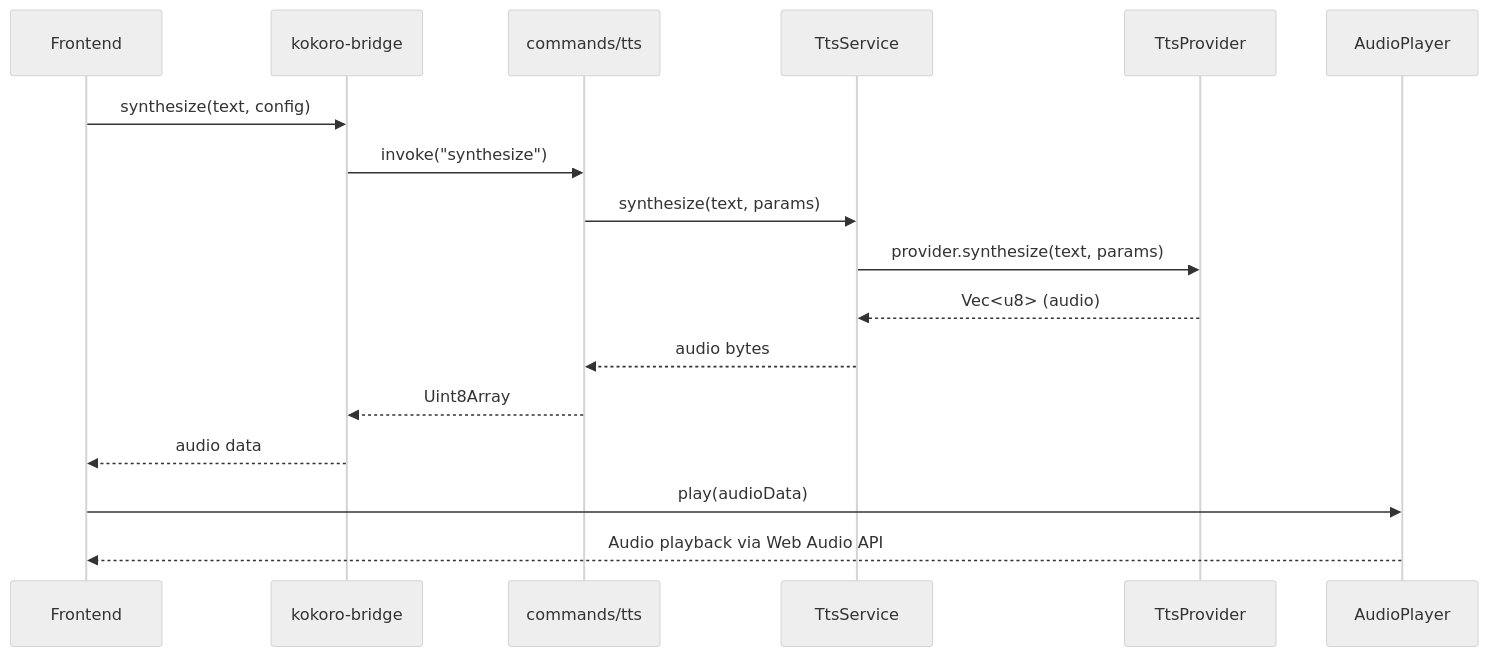
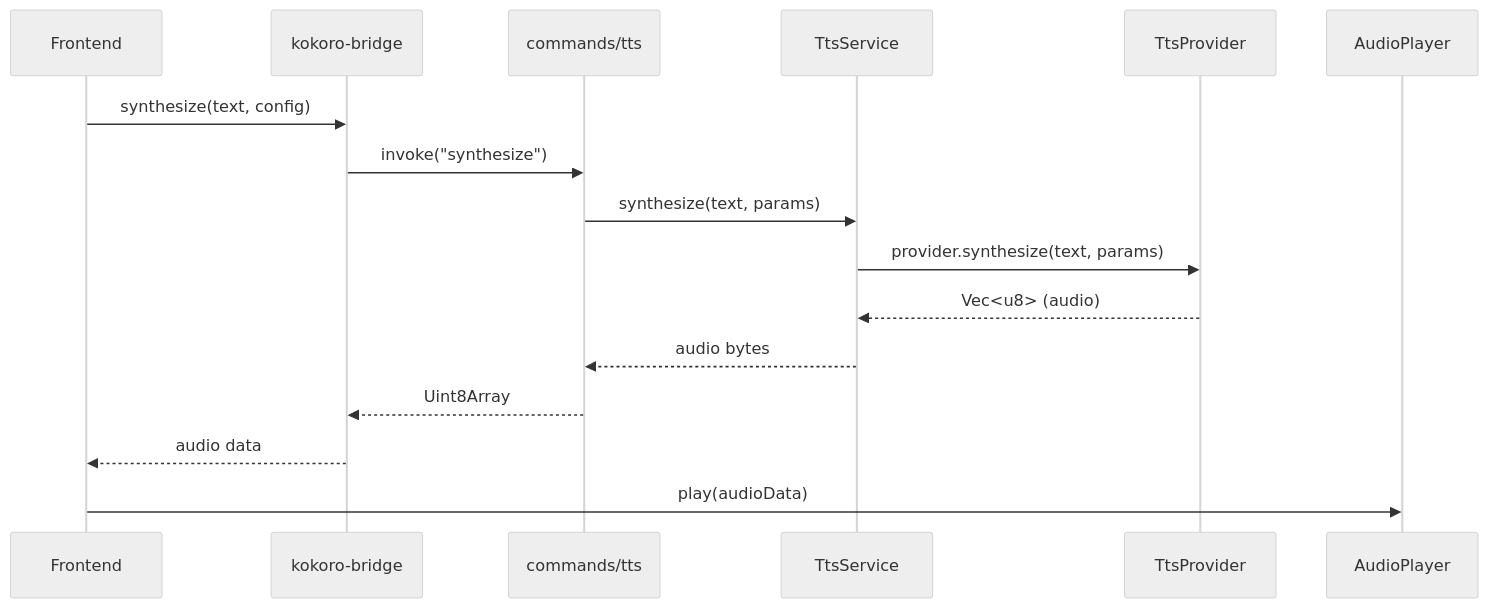
One commit to chyinan/Kokoro-Engine changed the fourth of 4 diagrams in docs/architecture.md. Above: the diagram before and after it, drawn with Mermaid (neutral theme). The commit also changed other lines of this file, not shown here.

First line of the commit message:
docs: update architecture.md to v2.0 with current project structure

````diff
--- a/docs/architecture.md
+++ b/docs/architecture.md
@@ -337,20 +648,19 @@
 ```mermaid
 sequenceDiagram
     participant FE as Frontend
     participant BR as kokoro-bridge
     participant CMD as commands/tts
     participant SVC as TtsService
     participant P as TtsProvider
     participant AP as AudioPlayer
 
     FE->>BR: synthesize(text, config)
     BR->>CMD: invoke("synthesize")
     CMD->>SVC: synthesize(text, params)
     SVC->>P: provider.synthesize(text, params)
     P-->>SVC: Vec<u8> (audio)
     SVC-->>CMD: audio bytes
     CMD-->>BR: Uint8Array
     BR-->>FE: audio data
     FE->>AP: play(audioData)
-    AP-->>FE: Audio playback via Web Audio API
 ```
````
